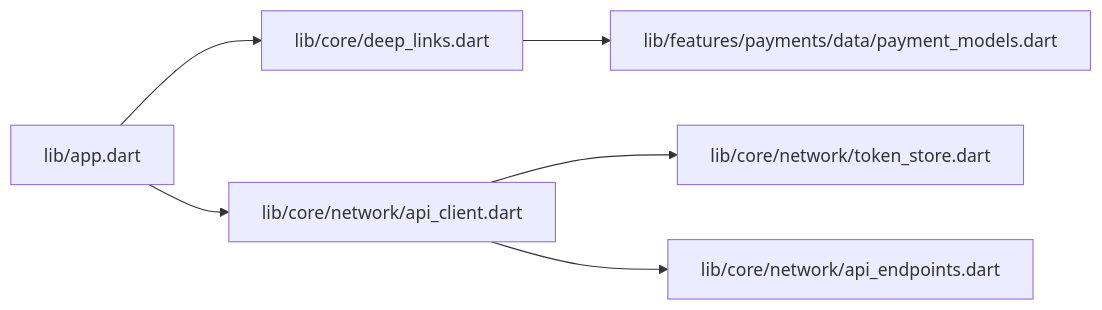
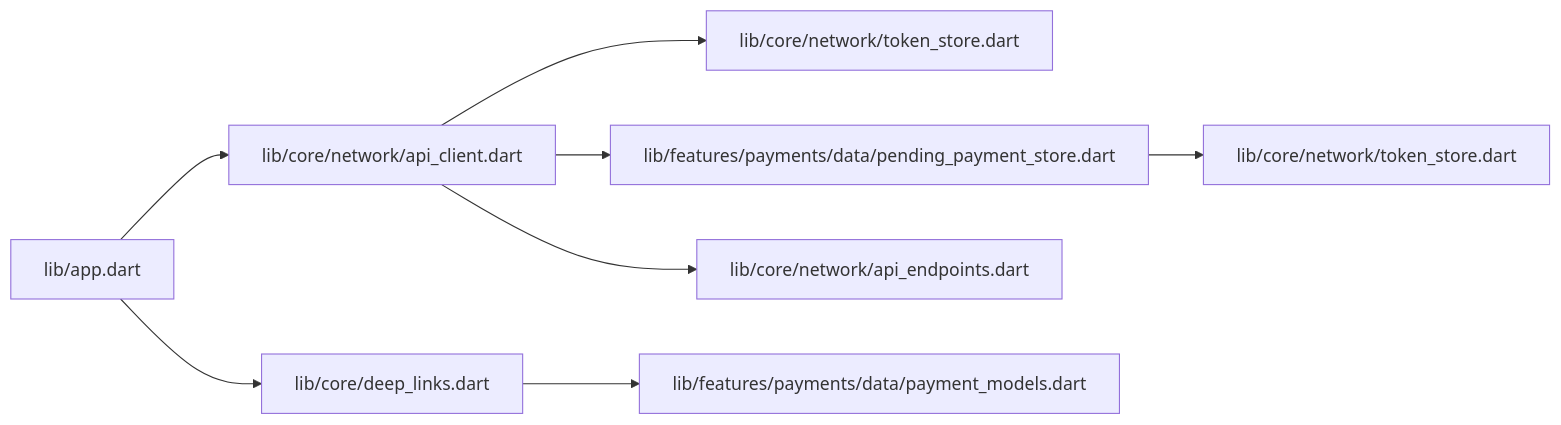
The eighth of 9 diagrams in .qoder/repowiki/en/content/Payment Processing/Payment Security & Compliance.md (Advanstech/Lidapay-shop), drawn with Mermaid before and after one commit. The commit also changed other lines of this file and 174 other files, not shown here.

````diff
--- a/.qoder/repowiki/en/content/Payment Processing/Payment Security & Compliance.md
+++ b/.qoder/repowiki/en/content/Payment Processing/Payment Security & Compliance.md
@@ -276,8 +330,10 @@
 ```mermaid
 graph LR
 App["lib/app.dart"] --> DeepLinks["lib/core/deep_links.dart"]
 App --> ApiClient["lib/core/network/api_client.dart"]
 ApiClient --> TokenStore["lib/core/network/token_store.dart"]
+ApiClient --> PendingPaymentStore["lib/features/payments/data/pending_payment_store.dart"]
 ApiClient --> Endpoints["lib/core/network/api_endpoints.dart"]
 DeepLinks --> PaymentModels["lib/features/payments/data/payment_models.dart"]
+PendingPaymentStore --> SecretStore["lib/core/network/token_store.dart"]
 ```
````
